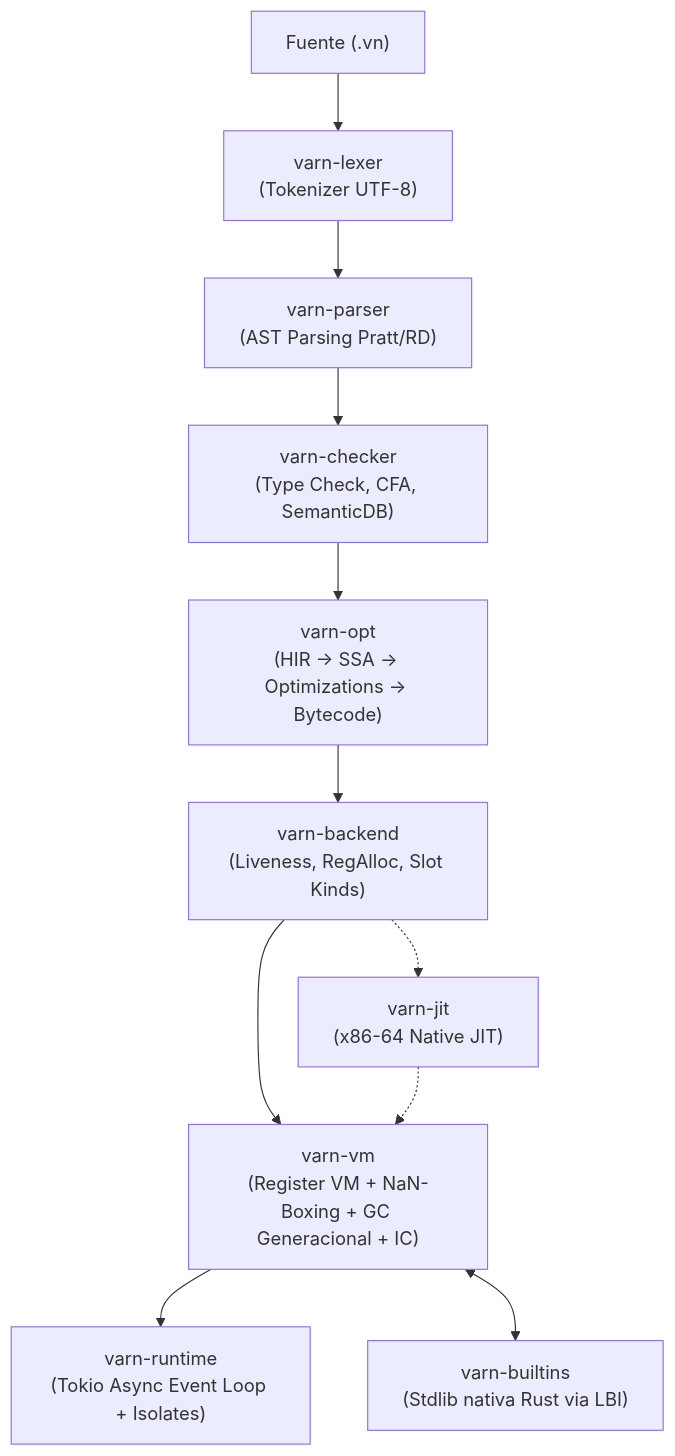
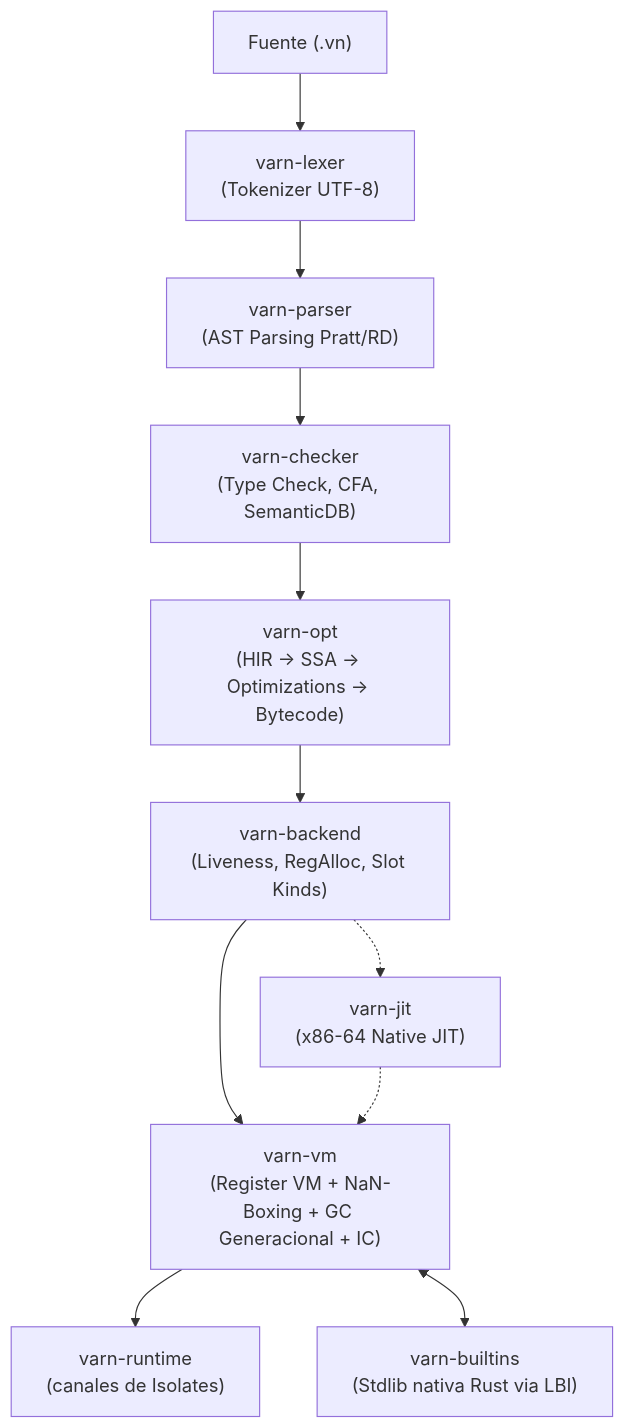
The diagram in README.md (carlos-burelo/varn), drawn with Mermaid before and after one commit. The commit also changed other lines of this file and 4 other files, not shown here.

````diff
--- a/README.md
+++ b/README.md
@@ -47,13 +47,13 @@
 ```mermaid
 flowchart TD
     A["Fuente (.vn)"] --> B["varn-lexer\n(Tokenizer UTF-8)"]
     B --> C["varn-parser\n(AST Parsing Pratt/RD)"]
     C --> D["varn-checker\n(Type Check, CFA, SemanticDB)"]
     D --> E["varn-opt\n(HIR -> SSA -> Optimizations -> Bytecode)"]
     E --> F["varn-backend\n(Liveness, RegAlloc, Slot Kinds)"]
     F --> G["varn-vm\n(Register VM + NaN-Boxing + GC Generacional + IC)"]
     F -.-> H["varn-jit\n(x86-64 Native JIT)"]
     H -.-> G
-    G --> I["varn-runtime\n(Tokio Async Event Loop + Isolates)"]
+    G --> I["varn-runtime\n(canales de Isolates)"]
     G <--> J["varn-builtins\n(Stdlib nativa Rust via LBI)"]
 ```
````
